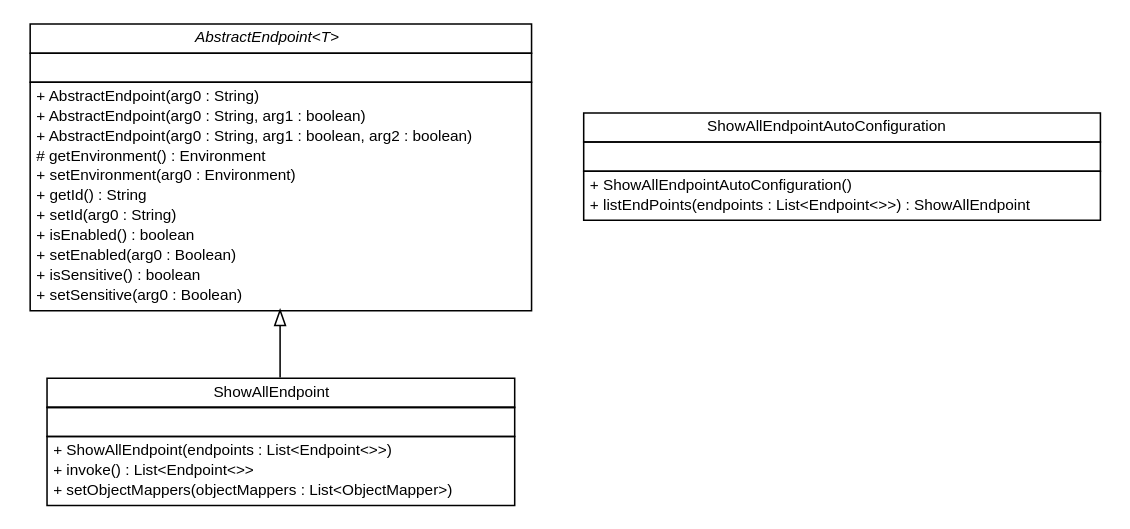
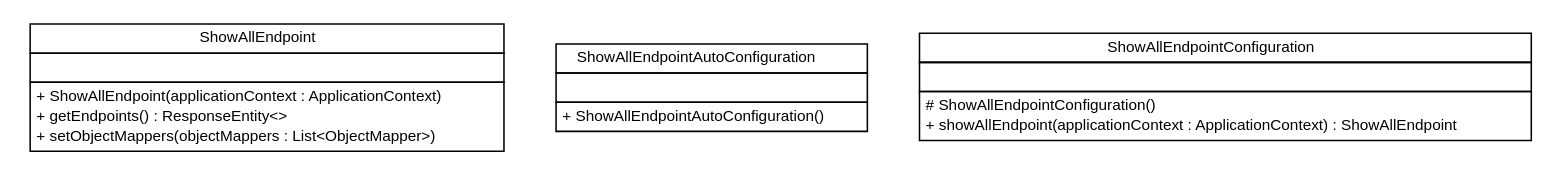
One commit to sfeng9d/spring-cloud-service-discovery changed the diagram in snapshot/build-docker/maven-build-java8/spring-cloud-service-discovery/spring-cloud-multi-registration/apidocs/org/springframework/boot/actuate/endpoint/org.springframework.boot.actuate.endpoint.dot. Above: the diagram before and after it, drawn with Graphviz. The commit also changed 89 other files, not shown here.

```diff
--- a/snapshot/build-docker/maven-build-java8/spring-cloud-service-discovery/spring-cloud-multi-registration/apidocs/org/springframework/boot/actuate/endpoint/org.springframework.boot.actuate.endpoint.dot
+++ b/snapshot/build-docker/maven-build-java8/spring-cloud-service-discovery/spring-cloud-multi-registration/apidocs/org/springframework/boot/actuate/endpoint/org.springframework.boot.actuate.endpoint.dot
@@ -1,63 +1,51 @@
 #!/usr/local/bin/dot
 #
 # Class diagram 
 # Generated by UMLGraph version R5_6-24-gf6e263 (http://www.umlgraph.org/)
 #
 
 digraph G {
 	edge [fontname="Helvetica",fontsize=10,labelfontname="Helvetica",labelfontsize=10];
 	node [fontname="Helvetica",fontsize=10,shape=plaintext];
 	nodesep=0.25;
 	ranksep=0.5;
 	// org.springframework.boot.actuate.endpoint.ShowAllEndpoint
 	c0 [label=<<table title="org.springframework.boot.actuate.endpoint.ShowAllEndpoint" border="0" cellborder="1" cellspacing="0" cellpadding="2" port="p" href="./ShowAllEndpoint.html">
 		<tr><td><table border="0" cellspacing="0" cellpadding="1">
 <tr><td align="center" balign="center"> ShowAllEndpoint </td></tr>
 		</table></td></tr>
 		<tr><td><table border="0" cellspacing="0" cellpadding="1">
 <tr><td align="left" balign="left">  </td></tr>
 		</table></td></tr>
 		<tr><td><table border="0" cellspacing="0" cellpadding="1">
-<tr><td align="left" balign="left"> + ShowAllEndpoint(endpoints : List&lt;Endpoint&lt;&gt;&gt;) </td></tr>
-<tr><td align="left" balign="left"> + invoke() : List&lt;Endpoint&lt;&gt;&gt; </td></tr>
+<tr><td align="left" balign="left"> + ShowAllEndpoint(applicationContext : ApplicationContext) </td></tr>
+<tr><td align="left" balign="left"> + getEndpoints() : ResponseEntity&lt;&gt; </td></tr>
 <tr><td align="left" balign="left"> + setObjectMappers(objectMappers : List&lt;ObjectMapper&gt;) </td></tr>
 		</table></td></tr>
 		</table>>, URL="./ShowAllEndpoint.html", fontname="Helvetica", fontcolor="black", fontsize=10.0];
 	// org.springframework.boot.actuate.endpoint.ShowAllEndpointAutoConfiguration
 	c1 [label=<<table title="org.springframework.boot.actuate.endpoint.ShowAllEndpointAutoConfiguration" border="0" cellborder="1" cellspacing="0" cellpadding="2" port="p" href="./ShowAllEndpointAutoConfiguration.html">
 		<tr><td><table border="0" cellspacing="0" cellpadding="1">
 <tr><td align="center" balign="center"> ShowAllEndpointAutoConfiguration </td></tr>
 		</table></td></tr>
 		<tr><td><table border="0" cellspacing="0" cellpadding="1">
 <tr><td align="left" balign="left">  </td></tr>
 		</table></td></tr>
 		<tr><td><table border="0" cellspacing="0" cellpadding="1">
 <tr><td align="left" balign="left"> + ShowAllEndpointAutoConfiguration() </td></tr>
-<tr><td align="left" balign="left"> + listEndPoints(endpoints : List&lt;Endpoint&lt;&gt;&gt;) : ShowAllEndpoint </td></tr>
 		</table></td></tr>
 		</table>>, URL="./ShowAllEndpointAutoConfiguration.html", fontname="Helvetica", fontcolor="black", fontsize=10.0];
-	//org.springframework.boot.actuate.endpoint.ShowAllEndpoint extends org.springframework.boot.actuate.endpoint.AbstractEndpoint<java.util.List<org.springframework.boot.actuate.endpoint.Endpoint>>
-	c7:p -> c0:p [dir=back,arrowtail=empty];
-	// org.springframework.boot.actuate.endpoint.AbstractEndpoint<T>
-	c7 [label=<<table title="org.springframework.boot.actuate.endpoint.AbstractEndpoint" border="0" cellborder="1" cellspacing="0" cellpadding="2" port="p" href="http://java.sun.com/j2se/1.4.2/docs/api/org/springframework/boot/actuate/endpoint/AbstractEndpoint.html">
+	// org.springframework.boot.actuate.endpoint.ShowAllEndpointAutoConfiguration.ShowAllEndpointConfiguration
+	c2 [label=<<table title="org.springframework.boot.actuate.endpoint.ShowAllEndpointAutoConfiguration.ShowAllEndpointConfiguration" border="0" cellborder="1" cellspacing="0" cellpadding="2" port="p" href="./ShowAllEndpointAutoConfiguration.ShowAllEndpointConfiguration.html">
 		<tr><td><table border="0" cellspacing="0" cellpadding="1">
-<tr><td align="center" balign="center"><font face="Helvetica-Oblique"> AbstractEndpoint&lt;T&gt; </font></td></tr>
+<tr><td align="center" balign="center"> ShowAllEndpointConfiguration </td></tr>
 		</table></td></tr>
 		<tr><td><table border="0" cellspacing="0" cellpadding="1">
 <tr><td align="left" balign="left">  </td></tr>
 		</table></td></tr>
 		<tr><td><table border="0" cellspacing="0" cellpadding="1">
-<tr><td align="left" balign="left"> + AbstractEndpoint(arg0 : String) </td></tr>
-<tr><td align="left" balign="left"> + AbstractEndpoint(arg0 : String, arg1 : boolean) </td></tr>
-<tr><td align="left" balign="left"> + AbstractEndpoint(arg0 : String, arg1 : boolean, arg2 : boolean) </td></tr>
-<tr><td align="left" balign="left"> # getEnvironment() : Environment </td></tr>
-<tr><td align="left" balign="left"> + setEnvironment(arg0 : Environment) </td></tr>
-<tr><td align="left" balign="left"> + getId() : String </td></tr>
-<tr><td align="left" balign="left"> + setId(arg0 : String) </td></tr>
-<tr><td align="left" balign="left"> + isEnabled() : boolean </td></tr>
-<tr><td align="left" balign="left"> + setEnabled(arg0 : Boolean) </td></tr>
-<tr><td align="left" balign="left"> + isSensitive() : boolean </td></tr>
-<tr><td align="left" balign="left"> + setSensitive(arg0 : Boolean) </td></tr>
+<tr><td align="left" balign="left"> # ShowAllEndpointConfiguration() </td></tr>
+<tr><td align="left" balign="left"> + showAllEndpoint(applicationContext : ApplicationContext) : ShowAllEndpoint </td></tr>
 		</table></td></tr>
-		</table>>, URL="http://java.sun.com/j2se/1.4.2/docs/api/org/springframework/boot/actuate/endpoint/AbstractEndpoint.html", fontname="Helvetica", fontcolor="black", fontsize=10.0];
+		</table>>, URL="./ShowAllEndpointAutoConfiguration.ShowAllEndpointConfiguration.html", fontname="Helvetica", fontcolor="black", fontsize=10.0];
 }
```
